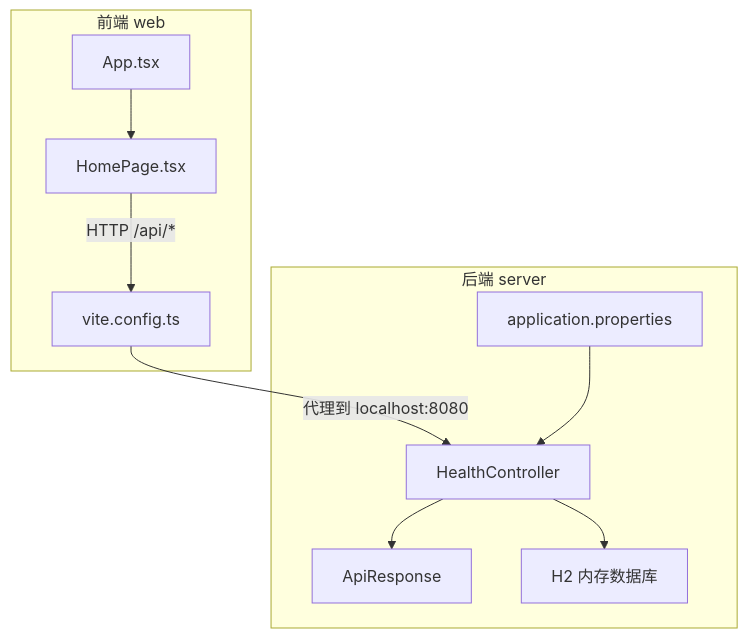
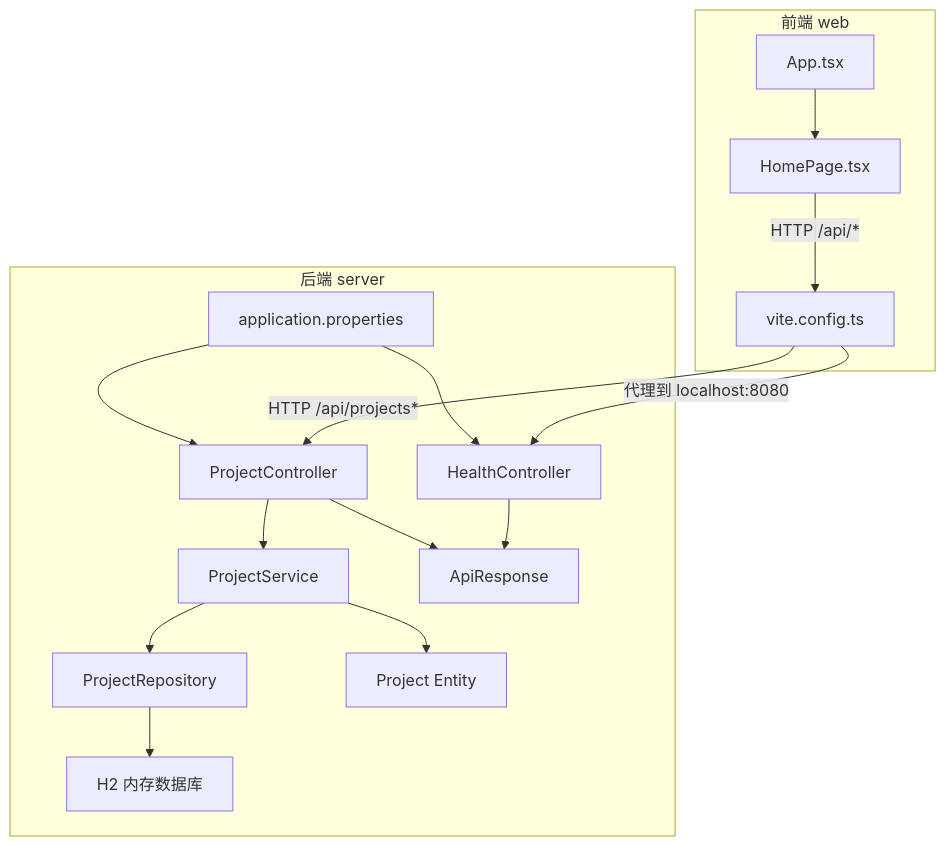
Before and after one commit to zhou9832/test1-qoder: the first of 4 diagrams in .qoder/repowiki/zh/content/测试指南.md, drawn with Mermaid. The commit also changed other lines of this file and 48 other files, not shown here.

````diff
--- a/.qoder/repowiki/zh/content/测试指南.md
+++ b/.qoder/repowiki/zh/content/测试指南.md
@@ -38,20 +52,30 @@
 ```mermaid
 graph TB
 subgraph "后端 server"
 HC["HealthController"]
+PC["ProjectController"]
+PS["ProjectService"]
+PR["ProjectRepository"]
+PE["Project Entity"]
 AR["ApiResponse"]
 DB["H2 内存数据库"]
 CFG["application.properties"]
 end
 subgraph "前端 web"
 APP["App.tsx"]
 HP["HomePage.tsx"]
 VITE["vite.config.ts"]
 end
 APP --> HP
 HP --> |"HTTP /api/*"| VITE
 VITE --> |"代理到 localhost:8080"| HC
+VITE --> |"HTTP /api/projects*"| PC
+PC --> PS
+PS --> PR
+PR --> DB
 HC --> AR
-HC --> DB
+PC --> AR
+PS --> PE
 CFG --> HC
+CFG --> PC
 ```
````
